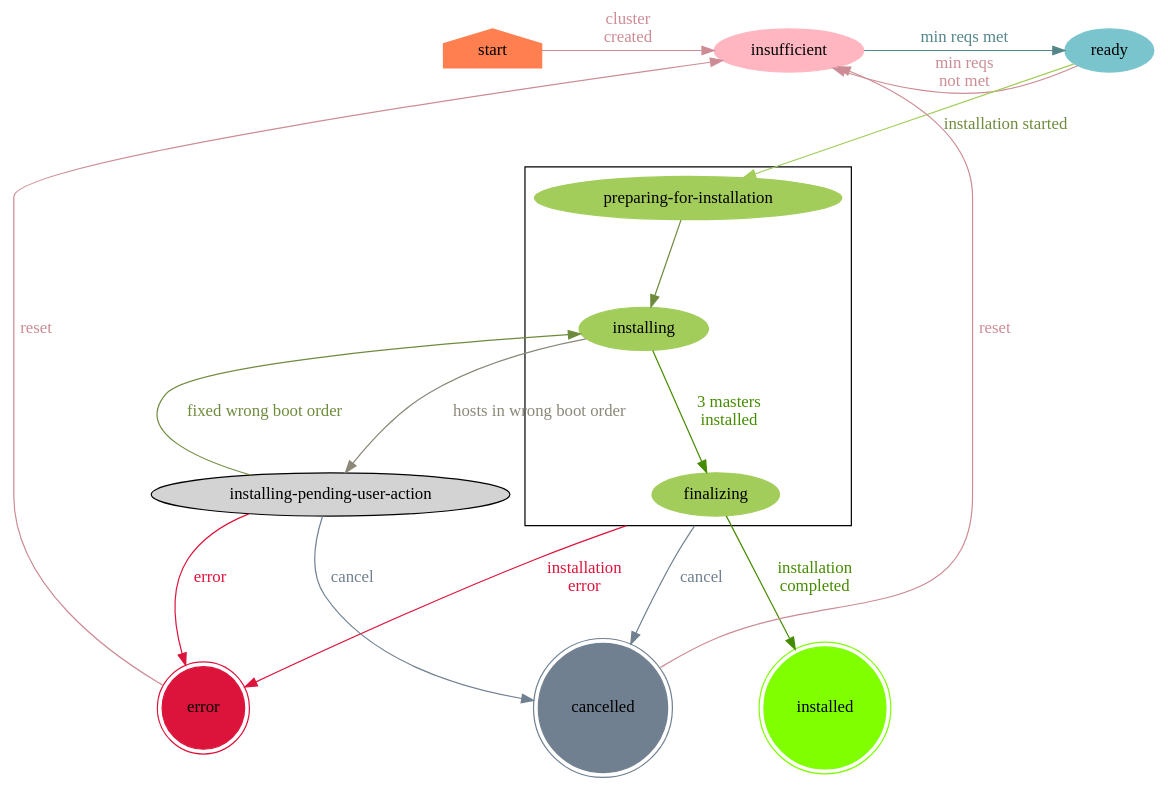
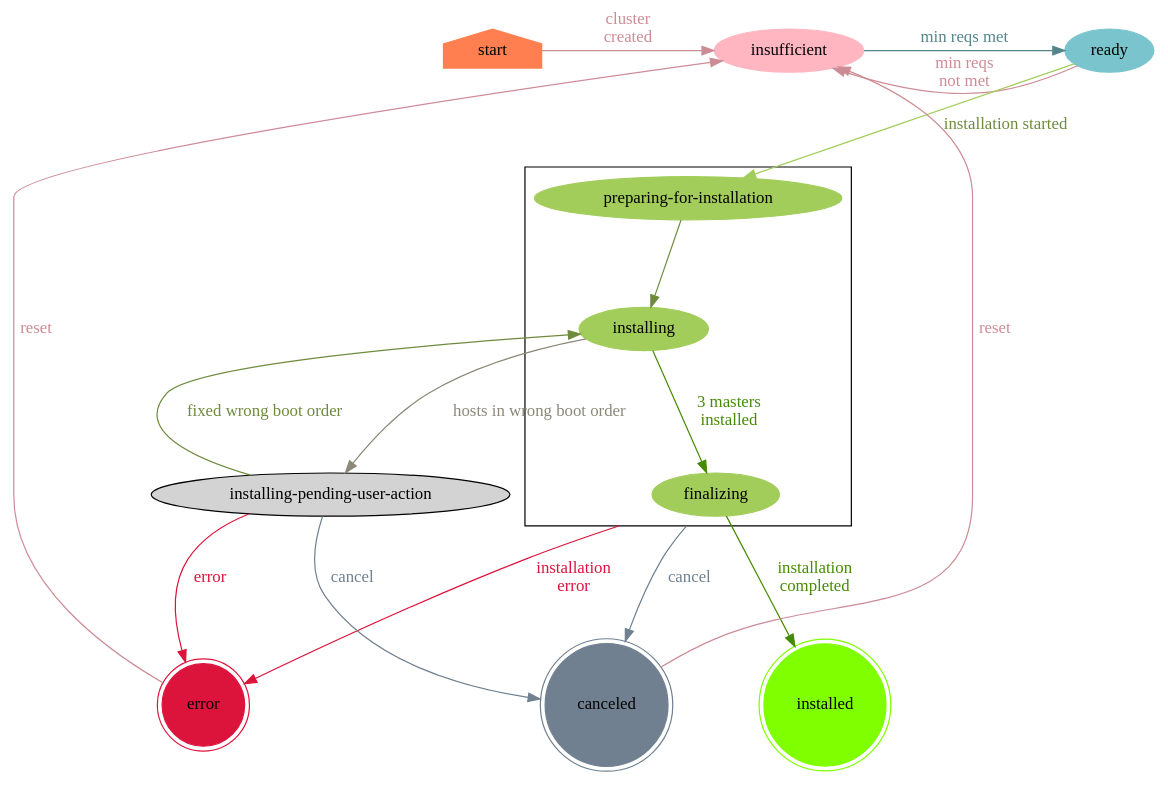
The diagram in docs/ClusterStatus.dot (openshift/assisted-service), drawn with Graphviz before and after one commit. The commit also changed 20 other files, not shown here.

```diff
--- a/docs/ClusterStatus.dot
+++ b/docs/ClusterStatus.dot
@@ -1,48 +1,48 @@
 digraph ClusterStateMachine {
     graph [nodesep = "1.0", ranksep = "1.0"];
     node [style = filled];
     compound = true;
     newrank = false;
 
     start [shape = house, color = coral];
     insufficient [color = lightpink];
     ready [color = cadetblue3];
     subgraph cluster_level1 {
         "preparing-for-installation" [color = darkolivegreen3];
         installing [color = darkolivegreen3];
         finalizing [color = darkolivegreen3];
     }
     installed [shape = doublecircle, color = chartreuse];
     error [shape = doublecircle, color = crimson];
-    cancelled [shape = doublecircle, color = slategray];
+    canceled [shape = doublecircle, color = slategray];
 
     start -> insufficient [label = "cluster\ncreated", color=lightpink3, fontcolor=lightpink3];
 
     insufficient -> ready [label = "min reqs met", color=cadetblue4, fontcolor=cadetblue4];
 
     ready -> insufficient [label = "min reqs\nnot met", color=lightpink3, fontcolor=lightpink3];
     ready -> "preparing-for-installation" [label = "installation started", color=darkolivegreen3, fontcolor=darkolivegreen4];
 
-    cancelled -> insufficient [label = "reset", color=lightpink3, fontcolor=lightpink3];
+    canceled -> insufficient [label = "reset", color=lightpink3, fontcolor=lightpink3];
 
     "preparing-for-installation" -> installing [color=darkolivegreen4];
 
     installing -> finalizing [label = "3 masters\ninstalled", color=chartreuse4, fontcolor=chartreuse4];
 
     installing -> "installing-pending-user-action" [label = "hosts in wrong boot order", color=cornsilk4, fontcolor=cornsilk4];
 
     "installing-pending-user-action" -> installing [label = "fixed wrong boot order", fontcolor=darkolivegreen4, color=darkolivegreen4];
-    "installing-pending-user-action" -> cancelled [label = "cancel", color=slategray, fontcolor=slategray];
+    "installing-pending-user-action" -> canceled [label = "cancel", color=slategray, fontcolor=slategray];
     "installing-pending-user-action" -> error [label = "error\n", color=crimson, fontcolor=crimson];
 
     finalizing -> error [label = "installation\nerror\n", color=crimson, fontcolor=crimson, ltail = cluster_level1];
-    finalizing -> cancelled [label = "cancel", color=slategray, fontcolor=slategray, ltail = cluster_level1];
+    finalizing -> canceled [label = "cancel", color=slategray, fontcolor=slategray, ltail = cluster_level1];
     finalizing -> installed [label = "installation\ncompleted", color=chartreuse4, fontcolor=chartreuse4];
 
     error -> insufficient [label = "reset", color=lightpink3, fontcolor=lightpink3];
 
     {rank=min; start}
     {rank=max; installed}
     {rank=same; start; insufficient; ready}
-    {rank=same; installed; error; cancelled}
+    {rank=same; installed; error; canceled}
 }
```
